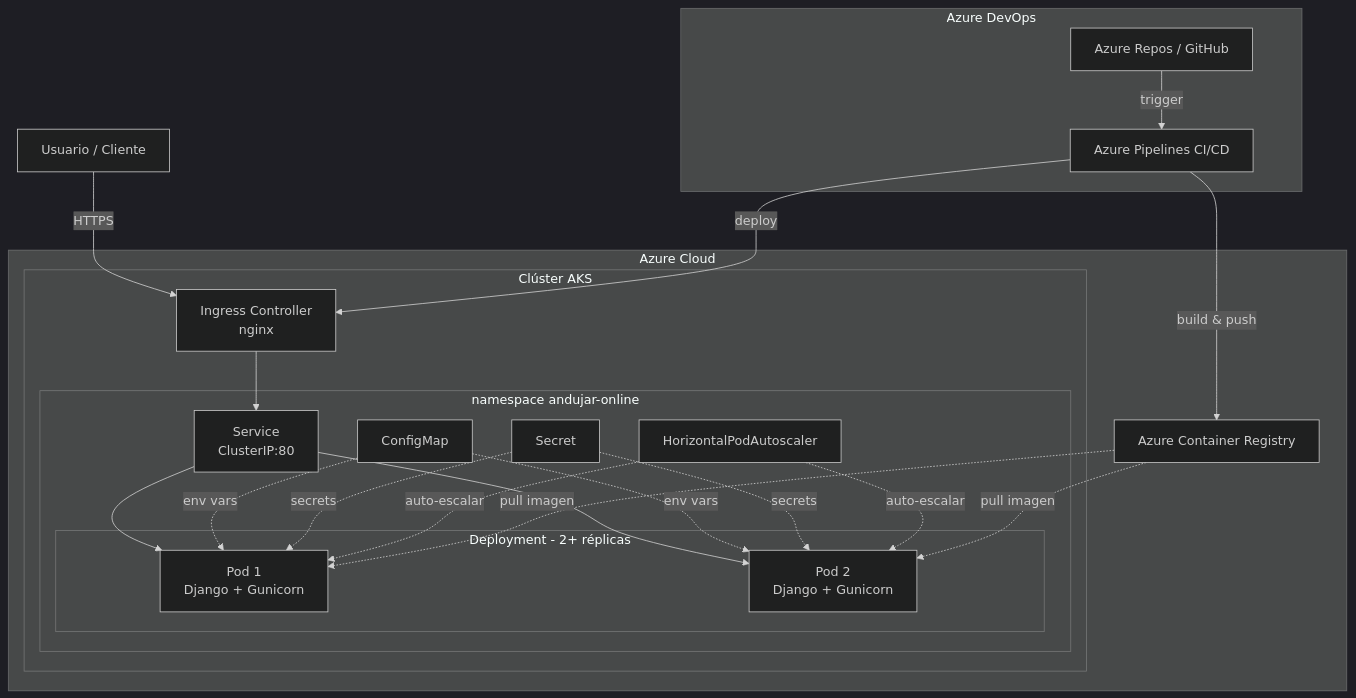
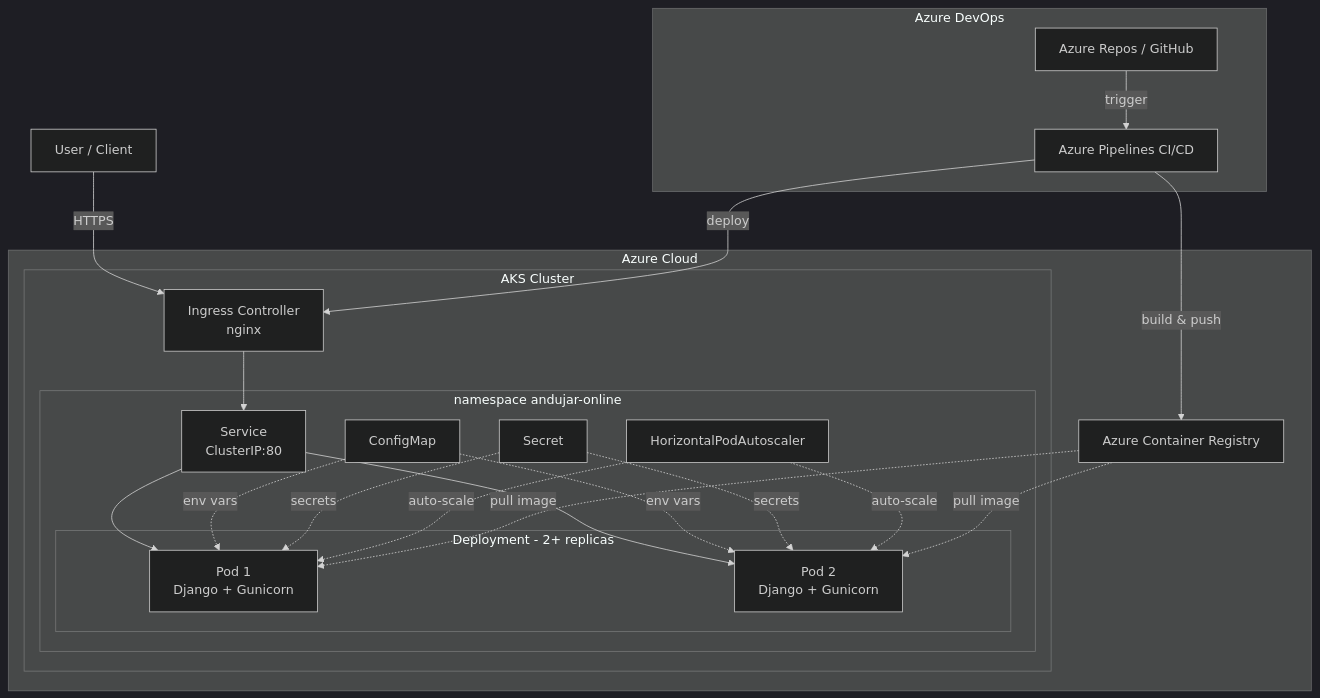
Before and after one commit to DestinyM01/devsu: the first of 2 diagrams in README.md, drawn with Mermaid (dark theme). The commit also changed other lines of this file, not shown here.

````diff
--- a/README.md
+++ b/README.md
@@ -25,40 +25,40 @@
 ```mermaid
 graph TB
     subgraph "Azure DevOps"
         REPO[Azure Repos / GitHub]
         PIPE[Azure Pipelines CI/CD]
     end
 
     subgraph "Azure Cloud"
         ACR[Azure Container Registry]
-        subgraph "Clúster AKS"
+        subgraph "AKS Cluster"
             ING[Ingress Controller<br/>nginx]
             subgraph "namespace andujar-online"
                 SVC[Service<br/>ClusterIP:80]
                 CM[ConfigMap]
                 SEC[Secret]
                 HPA[HorizontalPodAutoscaler]
-                subgraph "Deployment - 2+ réplicas"
+                subgraph "Deployment - 2+ replicas"
                     POD1[Pod 1<br/>Django + Gunicorn]
                     POD2[Pod 2<br/>Django + Gunicorn]
                 end
             end
         end
     end
 
-    USER[Usuario / Cliente] -->|HTTPS| ING
+    USER[User / Client] -->|HTTPS| ING
     ING --> SVC
     SVC --> POD1
     SVC --> POD2
     CM -.->|env vars| POD1
     CM -.->|env vars| POD2
     SEC -.->|secrets| POD1
     SEC -.->|secrets| POD2
-    HPA -.->|auto-escalar| POD1
-    HPA -.->|auto-escalar| POD2
+    HPA -.->|auto-scale| POD1
+    HPA -.->|auto-scale| POD2
     REPO -->|trigger| PIPE
     PIPE -->|build & push| ACR
     PIPE -->|deploy| ING
-    ACR -.->|pull imagen| POD1
-    ACR -.->|pull imagen| POD2
+    ACR -.->|pull image| POD1
+    ACR -.->|pull image| POD2
 ```
````
